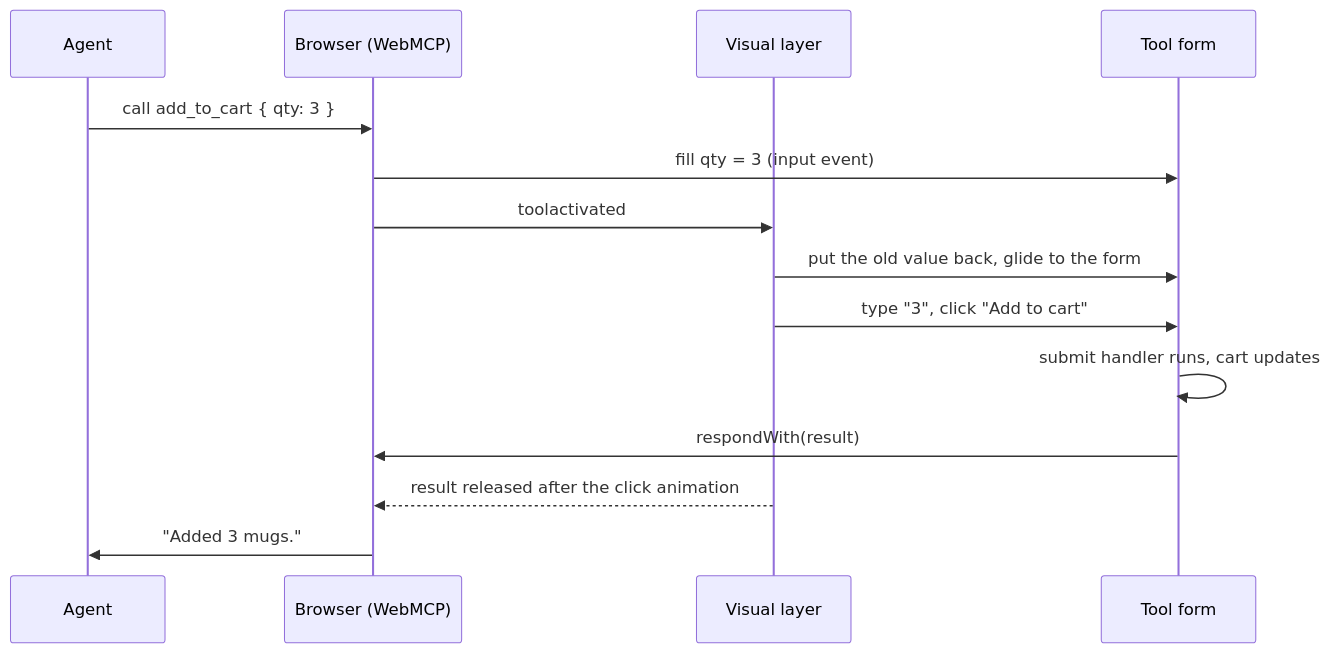
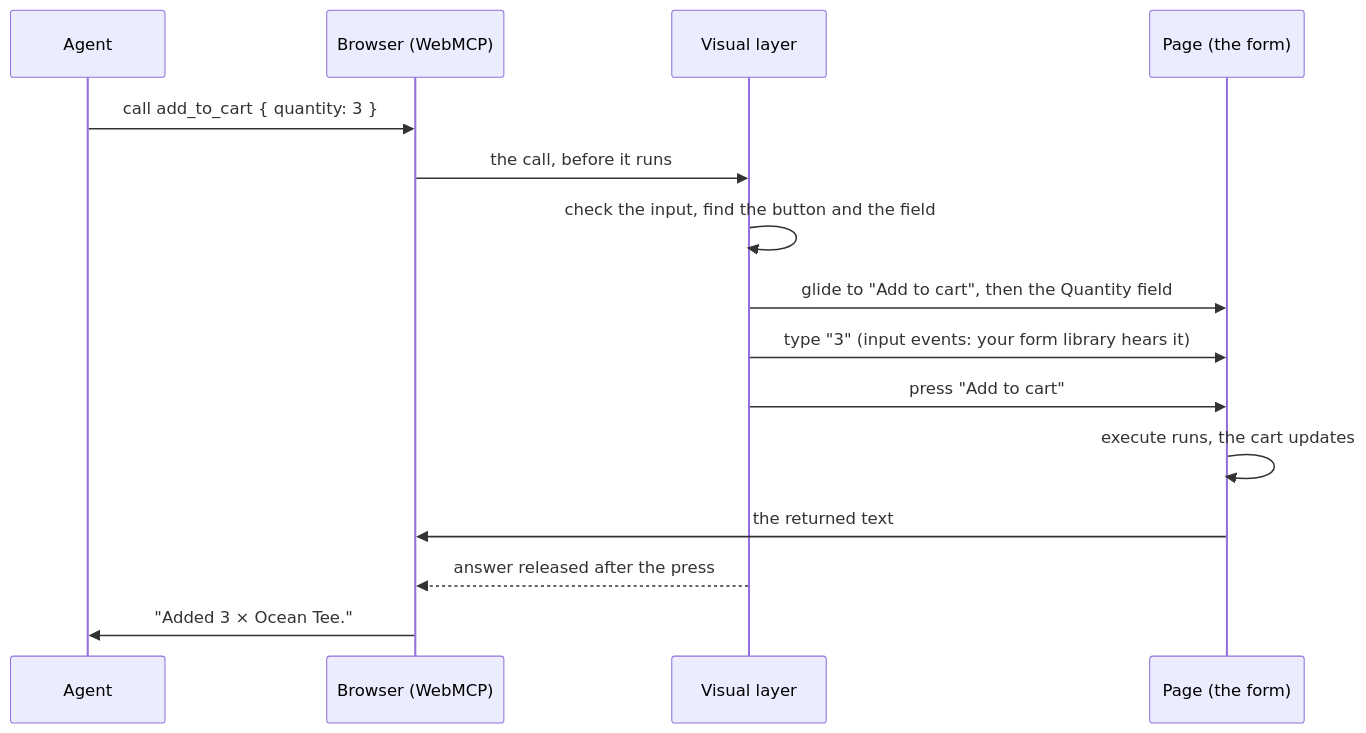
The diagram in docs/concepts/how-it-works.mdx (mustafaskyer/web-agents), drawn with Mermaid before and after one commit. The commit also changed other lines of this file and 571 other files, not shown here.

````diff
--- a/docs/concepts/how-it-works.mdx
+++ b/docs/concepts/how-it-works.mdx
@@ -36,16 +39,17 @@
 ```mermaid
 sequenceDiagram
   participant A as Agent
   participant B as Browser (WebMCP)
   participant V as Visual layer
-  participant F as Tool form
-  A->>B: call add_to_cart { qty: 3 }
-  B->>F: fill qty = 3 (input event)
-  B->>V: toolactivated
-  V->>F: put the old value back, glide to the form
-  V->>F: type "3", click "Add to cart"
-  F->>F: submit handler runs, cart updates
-  F->>B: respondWith(result)
-  V-->>B: result released after the click animation
-  B->>A: "Added 3 mugs."
+  participant P as Page (the form)
+  A->>B: call add_to_cart { quantity: 3 }
+  B->>V: the call, before it runs
+  V->>V: check the input, find the button and the field
+  V->>P: glide to "Add to cart", then the Quantity field
+  V->>P: type "3" (input events: your form library hears it)
+  V->>P: press "Add to cart"
+  P->>P: execute runs, the cart updates
+  P->>B: the returned text
+  V-->>B: answer released after the press
+  B->>A: "Added 3 × Ocean Tee."
 ```
````
